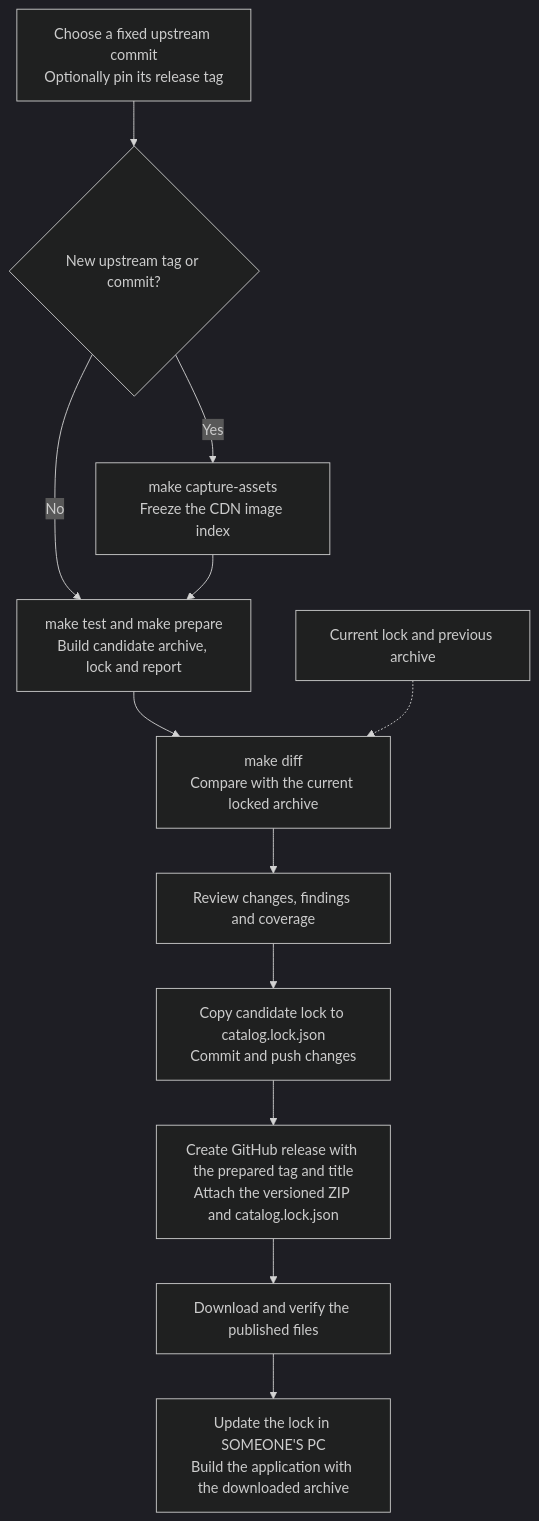
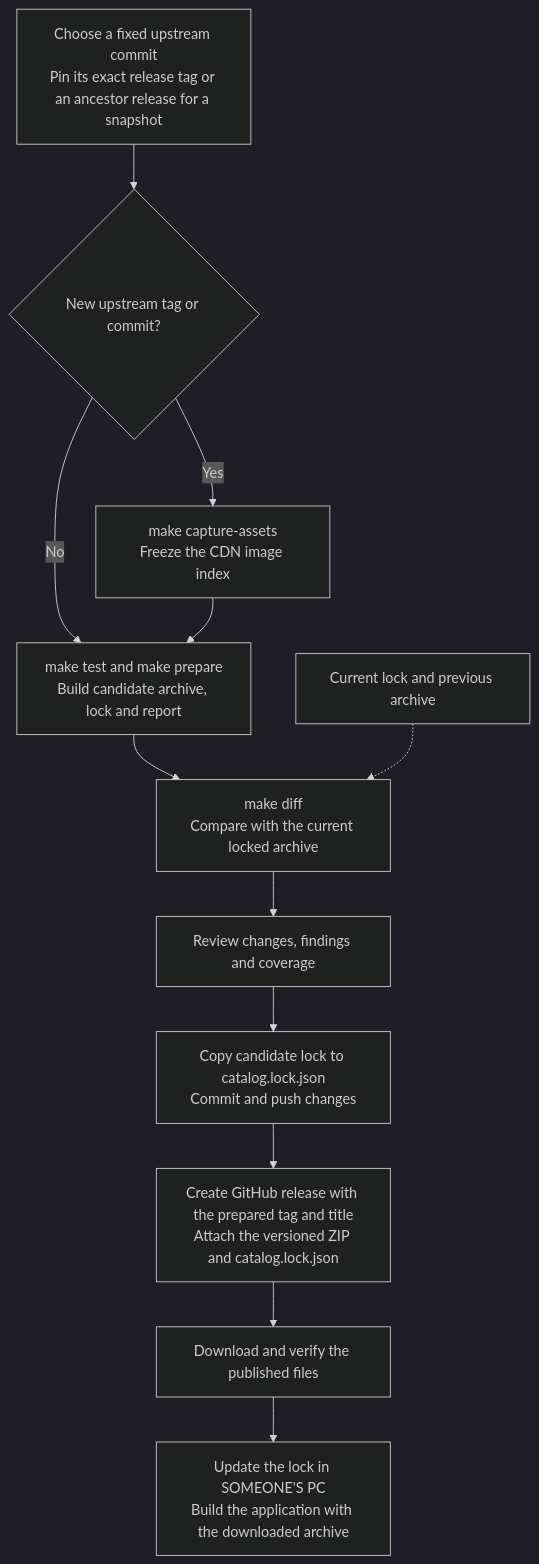
The diagram in docs/workflow.md (furacca/someone-s-pc-catalog), drawn with Mermaid (dark theme) before and after one commit. The commit also changed 5 other files, not shown here.

Commit message:
Use upstream version and commit SHA in catalog release names

````diff
--- a/docs/workflow.md
+++ b/docs/workflow.md
@@ -5,15 +5,15 @@
 ```mermaid
 flowchart TD
-    inputs["Choose a fixed upstream commit<br/>Optionally pin its release tag"]
+    inputs["Choose a fixed upstream commit<br/>Pin its exact release tag or an ancestor release for a snapshot"]
     inputs --> changed{"New upstream tag or commit?"}
     changed -->|Yes| capture["make capture-assets<br/>Freeze the CDN image index"]
     changed -->|No| build["make test and make prepare<br/>Build candidate archive, lock and report"]
     capture --> build
     build --> compare["make diff<br/>Compare with the current locked archive"]
     previous["Current lock and previous archive"] -.-> compare
     compare --> review["Review changes, findings and coverage"]
     review --> adopt["Copy candidate lock to catalog.lock.json<br/>Commit and push changes"]
     adopt --> publish["Create GitHub release with the prepared tag and title<br/>Attach the versioned ZIP and catalog.lock.json"]
     publish --> verify["Download and verify the published files"]
     verify --> app["Update the lock in SOMEONE'S PC<br/>Build the application with the downloaded archive"]
 ```
````
